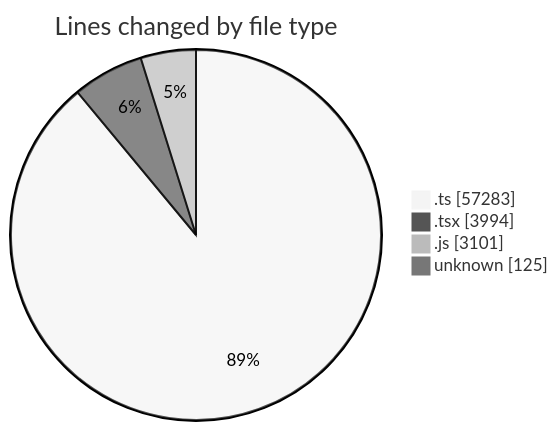
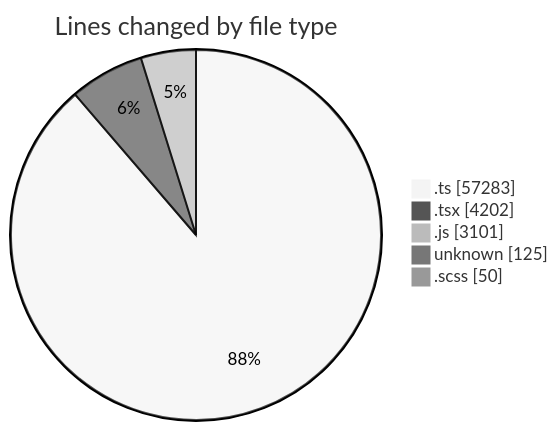
One commit to momahboobian/code-tracking changed the first of 2 diagrams in 2026-09-18/cda/README.md. Above: the diagram before and after it, drawn with Mermaid (neutral theme). The commit also changed other lines of this file and 1 other file, not shown here.

````diff
--- a/2026-09-18/cda/README.md
+++ b/2026-09-18/cda/README.md
@@ -56,8 +58,9 @@
 ```mermaid
 pie showData
 title Lines changed by file type
 ".ts" : 57283
-".tsx" : 3994
+".tsx" : 4202
 ".js" : 3101
 "unknown" : 125
+".scss" : 50
 ```
````
